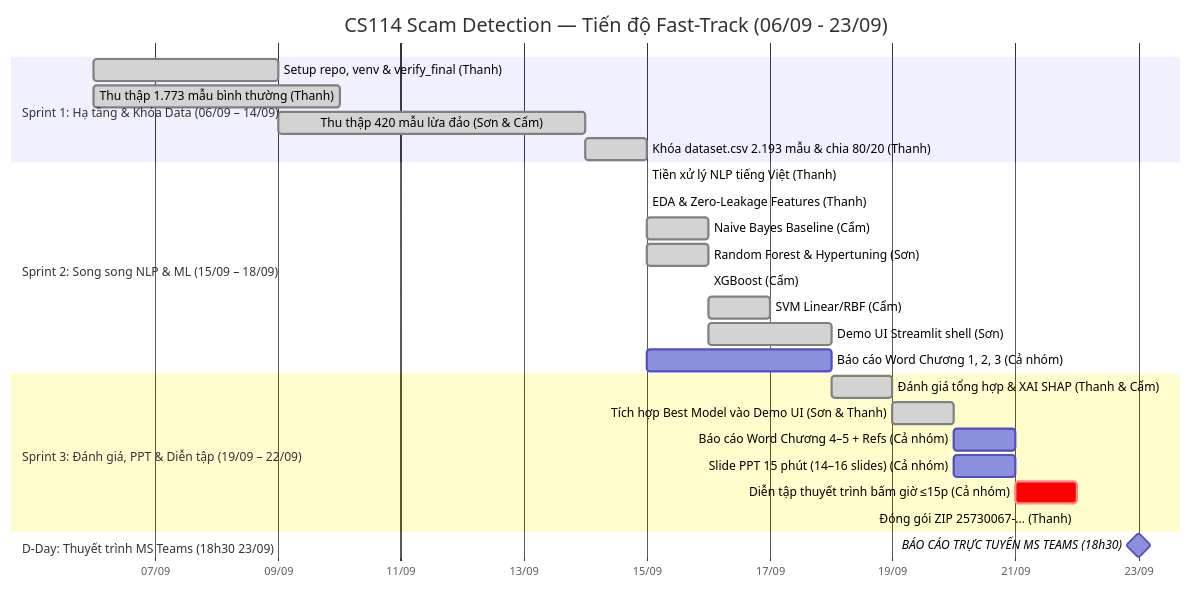
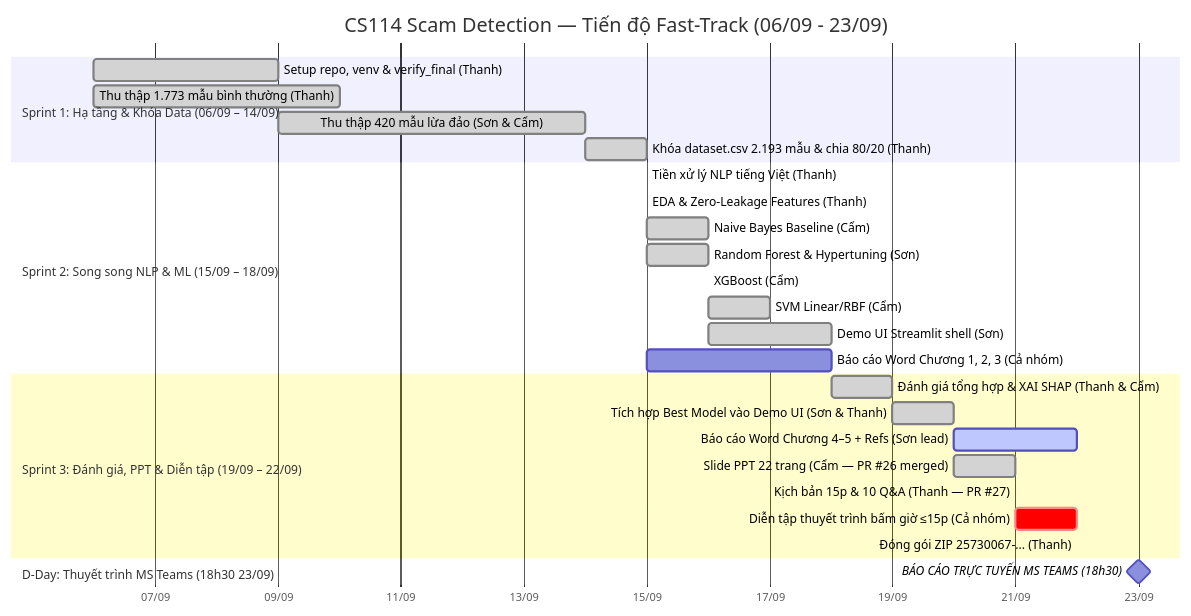
Before and after one commit to uit-25730067-chithanh/CS114-Team10-Elderly-Scam-Detection: the diagram in draft/scam-detection/docs/project-roadmap.md, drawn with Mermaid. The commit also changed other lines of this file and 4 other files, not shown here.

````diff
--- a/draft/scam-detection/docs/project-roadmap.md
+++ b/draft/scam-detection/docs/project-roadmap.md
@@ -14,34 +14,35 @@
 ```mermaid
 gantt
     title CS114 Scam Detection — Tiến độ Fast-Track (06/09 - 23/09)
     dateFormat  YYYY-MM-DD
     axisFormat  %d/%m
     tickInterval 2d
 
     section Sprint 1: Hạ tầng & Khóa Data (06/09 – 14/09)
     Setup repo, venv & verify_final (Thanh)        :done, s1_1, 2026-09-06, 2026-09-09
     Thu thập 1.773 mẫu bình thường (Thanh)         :done, s1_2, 2026-09-06, 2026-09-10
     Thu thập 420 mẫu lừa đảo (Sơn & Cẩm)           :done, s1_3, 2026-09-09, 2026-09-14
     Khóa dataset.csv 2.193 mẫu & chia 80/20 (Thanh):done, s1_4, 2026-09-14, 2026-09-15
 
     section Sprint 2: Song song NLP & ML (15/09 – 18/09)
     Tiền xử lý NLP tiếng Việt (Thanh)              :done, s2_1, 2026-09-15, 2026-09-15
     EDA & Zero-Leakage Features (Thanh)            :done, s2_2, 2026-09-15, 2026-09-15
     Naive Bayes Baseline (Cẩm)                     :done, s2_3, 2026-09-15, 2026-09-16
     Random Forest & Hypertuning (Sơn)              :done, s2_4, 2026-09-15, 2026-09-16
     XGBoost (Cẩm)                                  :done, s2_5_1, 2026-09-16, 2026-09-16
     SVM Linear/RBF (Cẩm)                           :done, s2_5_2, 2026-09-16, 2026-09-17
     Demo UI Streamlit shell (Sơn)                  :done, s2_6, 2026-09-16, 2026-09-18
     Báo cáo Word Chương 1, 2, 3 (Cả nhóm)          :s2_7, 2026-09-15, 2026-09-18
 
     section Sprint 3: Đánh giá, PPT & Diễn tập (19/09 – 22/09)
     Đánh giá tổng hợp & XAI SHAP (Thanh & Cẩm)     :done, s3_1, 2026-09-18, 2026-09-19
     Tích hợp Best Model vào Demo UI (Sơn & Thanh)  :done, s3_2, 2026-09-19, 2026-09-20
-    Báo cáo Word Chương 4–5 + Refs (Cả nhóm)       :s3_3, 2026-09-20, 2026-09-21
-    Slide PPT 15 phút (14–16 slides) (Cả nhóm)     :s3_4, 2026-09-20, 2026-09-21
+    Báo cáo Word Chương 4–5 + Refs (Sơn lead)      :active, s3_3, 2026-09-20, 2026-09-22
+    Slide PPT 22 trang (Cẩm — PR #26 merged)       :done, s3_4, 2026-09-20, 2026-09-21
+    Kịch bản 15p & 10 Q&A (Thanh — PR #27)         :done, s3_4_1, 2026-09-21, 2026-09-21
     Diễn tập thuyết trình bấm giờ ≤15p (Cả nhóm)   :crit, s3_5, 2026-09-21, 2026-09-22
     Đóng gói ZIP 25730067-... (Thanh)              :s3_6, 2026-09-22, 2026-09-22
 
     section D-Day: Thuyết trình MS Teams (18h30 23/09)
     BÁO CÁO TRỰC TUYẾN MS TEAMS (18h30)            :milestone, s3_7, 2026-09-23, 0d
 ```
````
